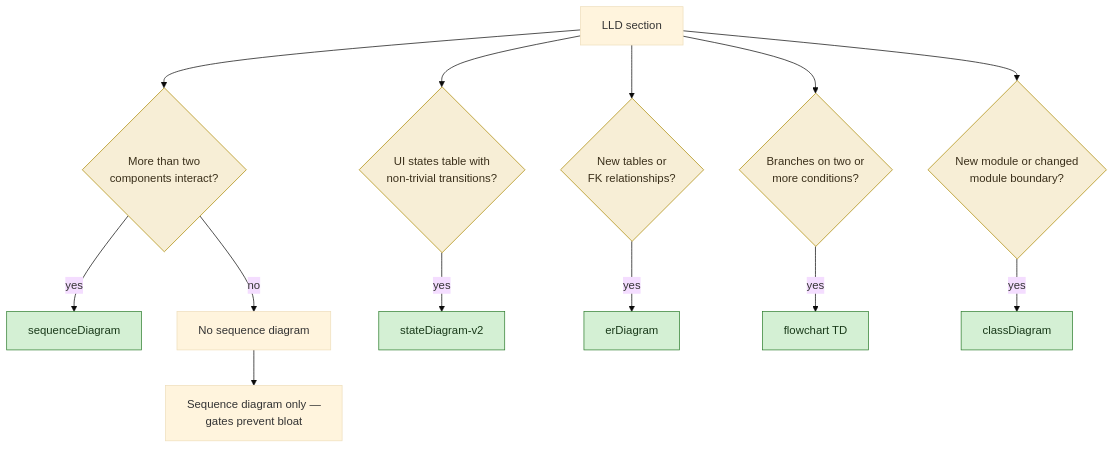
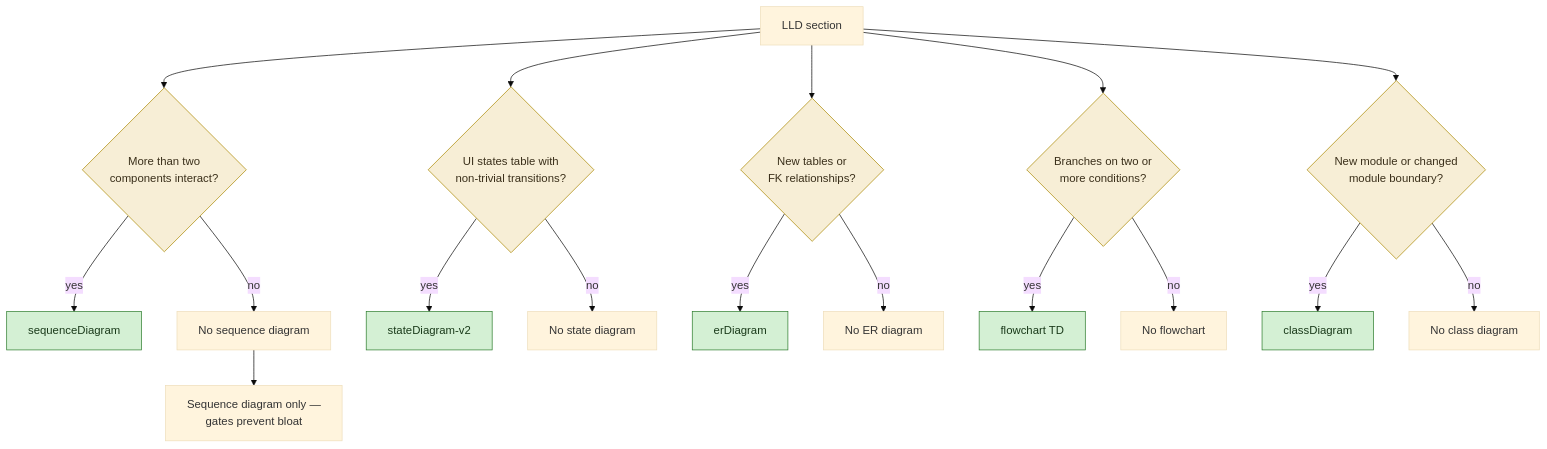
One commit to mironyx/engineering-delivery-framework changed the fourth of 8 diagrams in plugins/edf/docs/design/v1/lld-v1-e1-1-template-vocabulary.md. Above: the diagram before and after it, drawn with Mermaid (base theme).

Commit message:
docs: add explicit no-branches to E1.1 diagram-type gate decision flowchart
The decision flowchart only drew the negative path for the sequence-diagram
gate; state, ER, flowchart, and classDiagram gates showed only their "yes"
edge. template.md's prose already states a "When optional" case for all
five types — this brings the LLD's own diagram in line with it.

````diff
--- a/plugins/edf/docs/design/v1/lld-v1-e1-1-template-vocabulary.md
+++ b/plugins/edf/docs/design/v1/lld-v1-e1-1-template-vocabulary.md
@@ -420,25 +420,29 @@
 ```mermaid
 flowchart TD
     Section["LLD section"] --> Seq{"More than two<br/>components interact?"}
     Seq -->|"yes"| EmitSeq["sequenceDiagram"]
     Seq -->|"no"| SkipSeq["No sequence diagram"]
     Section --> State{"UI states table with<br/>non-trivial transitions?"}
     State -->|"yes"| EmitState["stateDiagram-v2"]
+    State -->|"no"| SkipState["No state diagram"]
     Section --> Er{"New tables or<br/>FK relationships?"}
     Er -->|"yes"| EmitEr["erDiagram"]
+    Er -->|"no"| SkipEr["No ER diagram"]
     Section --> Flow{"Branches on two or<br/>more conditions?"}
     Flow -->|"yes"| EmitFlow["flowchart TD"]
+    Flow -->|"no"| SkipFlow["No flowchart"]
     Section --> Cls{"New module or changed<br/>module boundary?"}
     Cls -->|"yes"| EmitCls["classDiagram"]
+    Cls -->|"no"| SkipCls["No class diagram"]
     SkipSeq --> None["Sequence diagram only —<br/>gates prevent bloat"]
 
     classDef new fill:#d4f0d4,stroke:#2d7d2d,color:#1a3a1a
     classDef auth fill:#f7eed6,stroke:#a80,color:#3a2f1a
 
     class Seq,State,Er,Flow,Cls auth
     class EmitSeq,EmitState,EmitEr,EmitFlow,EmitCls new
 
     click Section href "../../../skills/lld/template.md" _self
     click EmitSeq href "#LLD-v1-e1-1-gates-palette-annotations" _self
     click EmitState href "#LLD-v1-e1-1-gates-palette-annotations" _self
 ```
````
